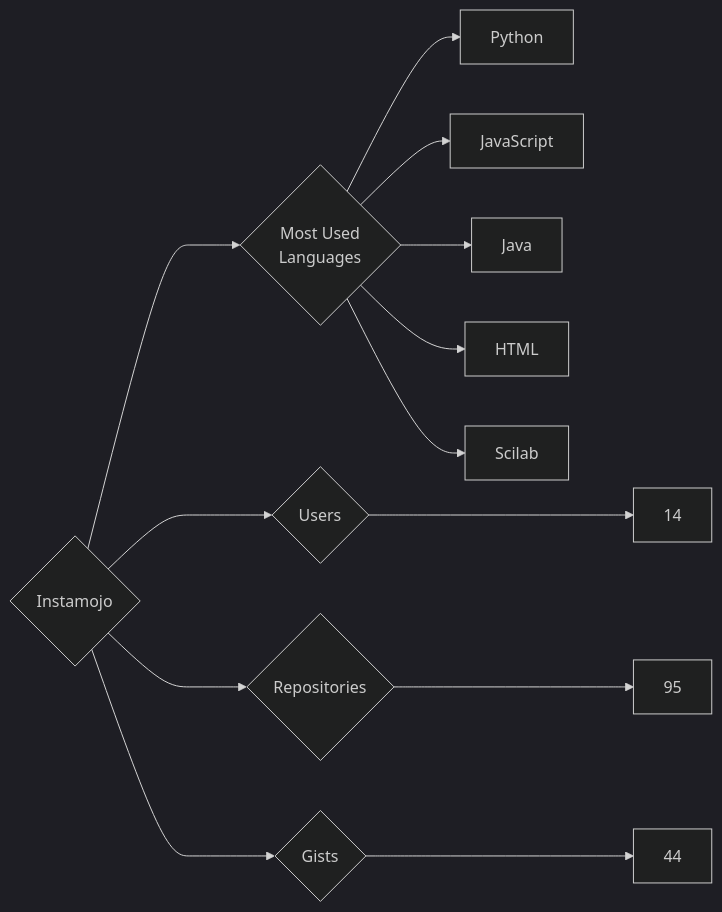
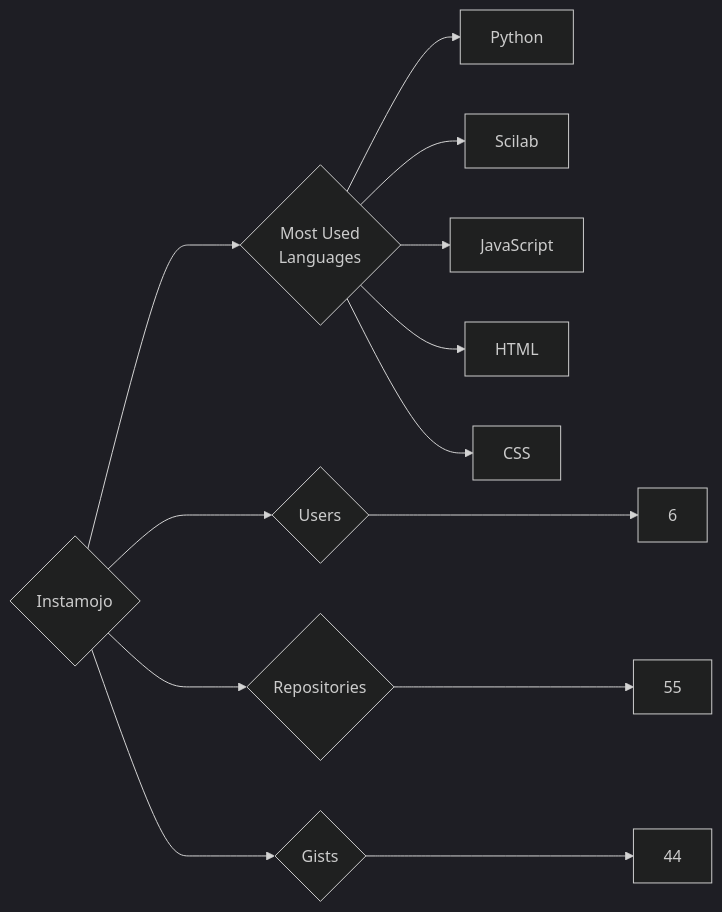
One commit to trickest/insiders changed the diagram in targets/Instamojo/README.md. Above: the diagram before and after it, drawn with Mermaid (dark theme). The commit also changed 912 other files, not shown here.

````diff
--- a/targets/Instamojo/README.md
+++ b/targets/Instamojo/README.md
@@ -3,13 +3,13 @@
 ```mermaid
 graph LR
 COMPANY_NAME{Instamojo}
-COMPANY_NAME ---> U{Users} ---> UN[14]
-COMPANY_NAME ---> R{Repositories} ---> RN[95]
+COMPANY_NAME ---> U{Users} ---> UN[6]
+COMPANY_NAME ---> R{Repositories} ---> RN[55]
 COMPANY_NAME ---> G{Gists} ---> GN[44]
 COMPANY_NAME ---> ML{Most Used<br>Languages}
 ML --> Python[Python]
+ML --> Scilab[Scilab]
 ML --> JavaScript[JavaScript]
-ML --> Java[Java]
 ML --> HTML[HTML]
-ML --> Scilab[Scilab]
+ML --> CSS[CSS]
 ```
````
